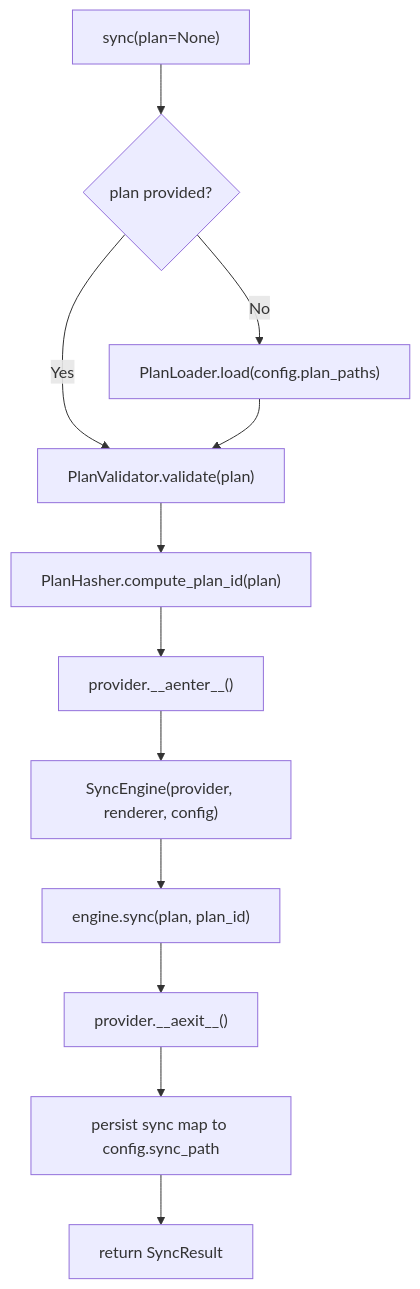
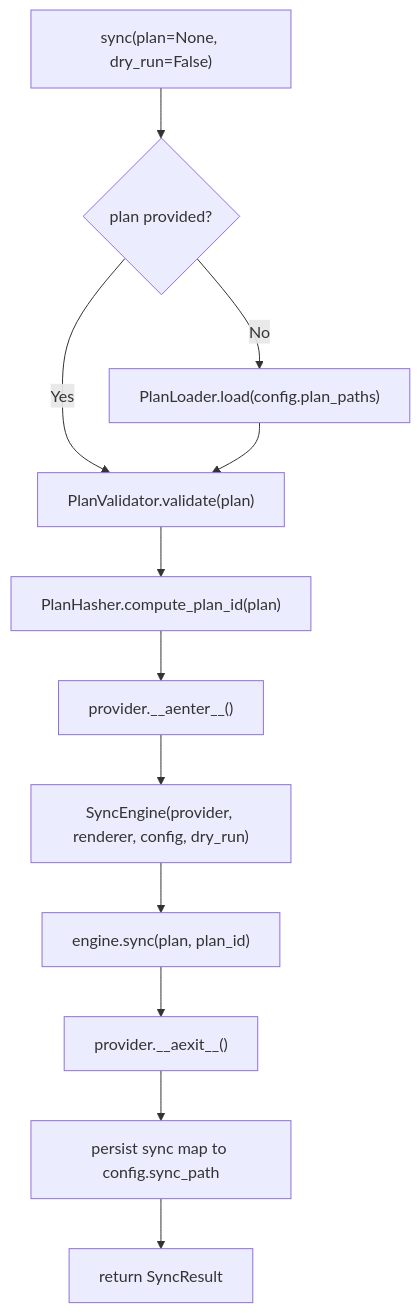
Before and after one commit to aryeko/planpilot: the diagram in docs/v2/sdk.md, drawn with Mermaid. The commit also changed other lines of this file and 4 other files, not shown here.

First line of the commit message:
docs: fix config spec — add auth, remove dry_run, cascade to all specs

````diff
--- a/docs/v2/sdk.md
+++ b/docs/v2/sdk.md
@@ -84,14 +91,14 @@
 ```mermaid
 flowchart TB
-    Start["sync(plan=None)"] --> LoadPlan{"plan provided?"}
+    Start["sync(plan=None, dry_run=False)"] --> LoadPlan{"plan provided?"}
     LoadPlan -- No --> Load["PlanLoader.load(config.plan_paths)"]
     LoadPlan -- Yes --> Validate
     Load --> Validate["PlanValidator.validate(plan)"]
     Validate --> Hash["PlanHasher.compute_plan_id(plan)"]
     Hash --> Enter["provider.__aenter__()"]
-    Enter --> Engine["SyncEngine(provider, renderer, config)"]
+    Enter --> Engine["SyncEngine(provider, renderer, config, dry_run)"]
     Engine --> Run["engine.sync(plan, plan_id)"]
     Run --> Exit["provider.__aexit__()"]
     Exit --> Persist["persist sync map to config.sync_path"]
     Persist --> Return["return SyncResult"]
 ```
````
